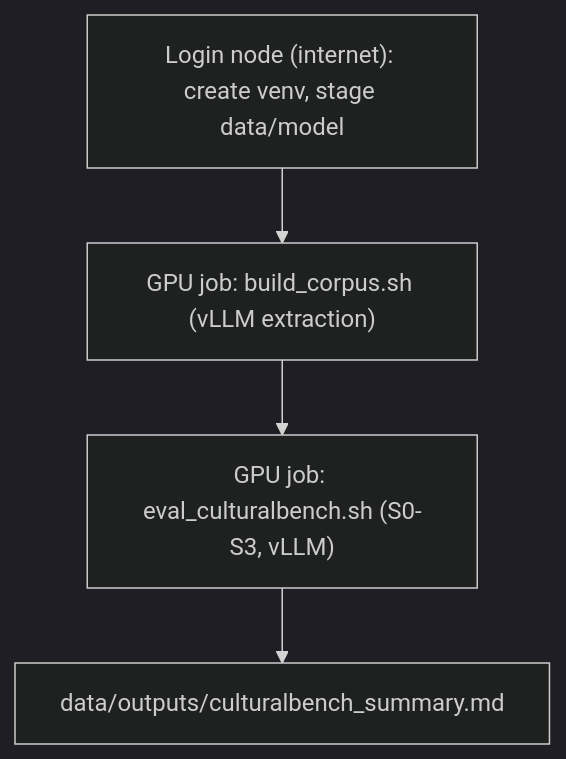
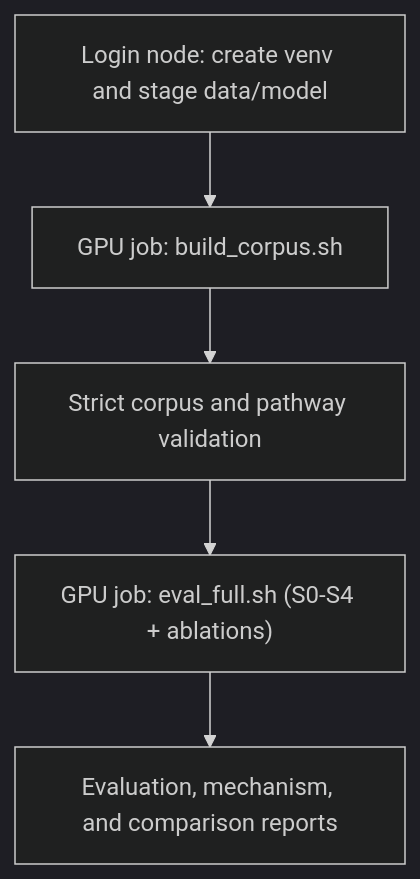
Before and after one commit to amir01mn/cultural-contextualization-research-cur: the diagram in docs/NARVAL_SETUP.md, drawn with Mermaid (dark theme). The commit also changed other lines of this file and 4 other files, not shown here.

Commit message:
Docs: reflect full-run negative result and current research stage

````diff
--- a/docs/NARVAL_SETUP.md
+++ b/docs/NARVAL_SETUP.md
@@ -14,6 +14,7 @@
 ```mermaid
 flowchart TD
-  login["Login node (internet): create venv, stage data/model"] --> corpus["GPU job: build_corpus.sh (vLLM extraction)"]
-  corpus --> eval["GPU job: eval_culturalbench.sh (S0-S3, vLLM)"]
-  eval --> out["data/outputs/culturalbench_summary.md"]
+  login["Login node: create venv and stage data/model"] --> corpus["GPU job: build_corpus.sh"]
+  corpus --> validate["Strict corpus and pathway validation"]
+  validate --> eval["GPU job: eval_full.sh (S0-S4 + ablations)"]
+  eval --> out["Evaluation, mechanism, and comparison reports"]
 ```
````
